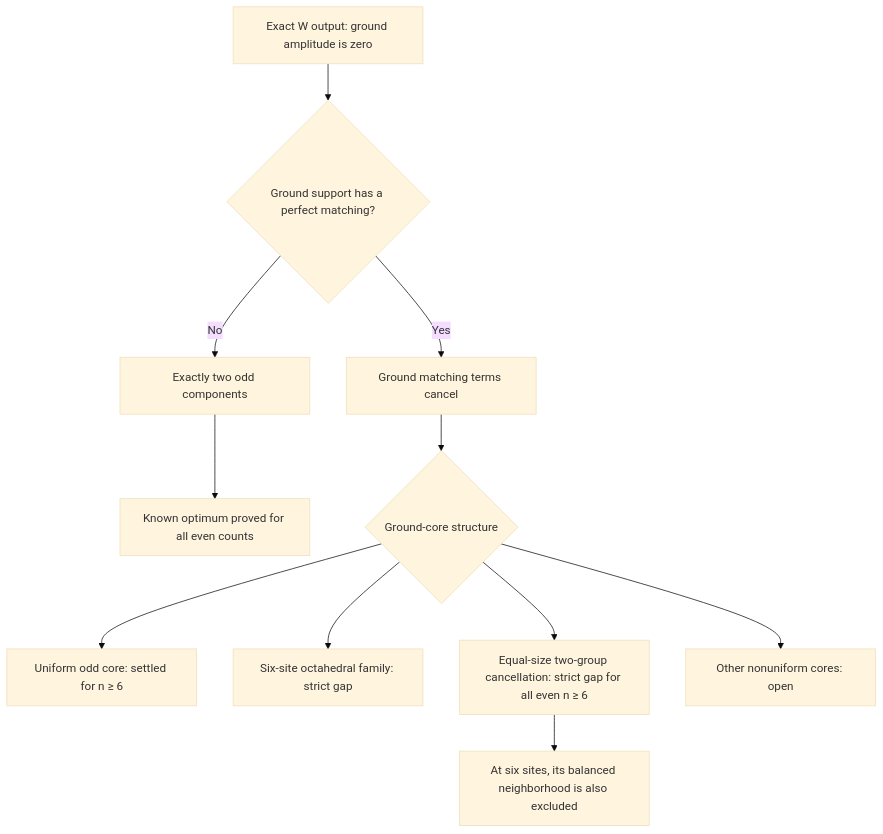
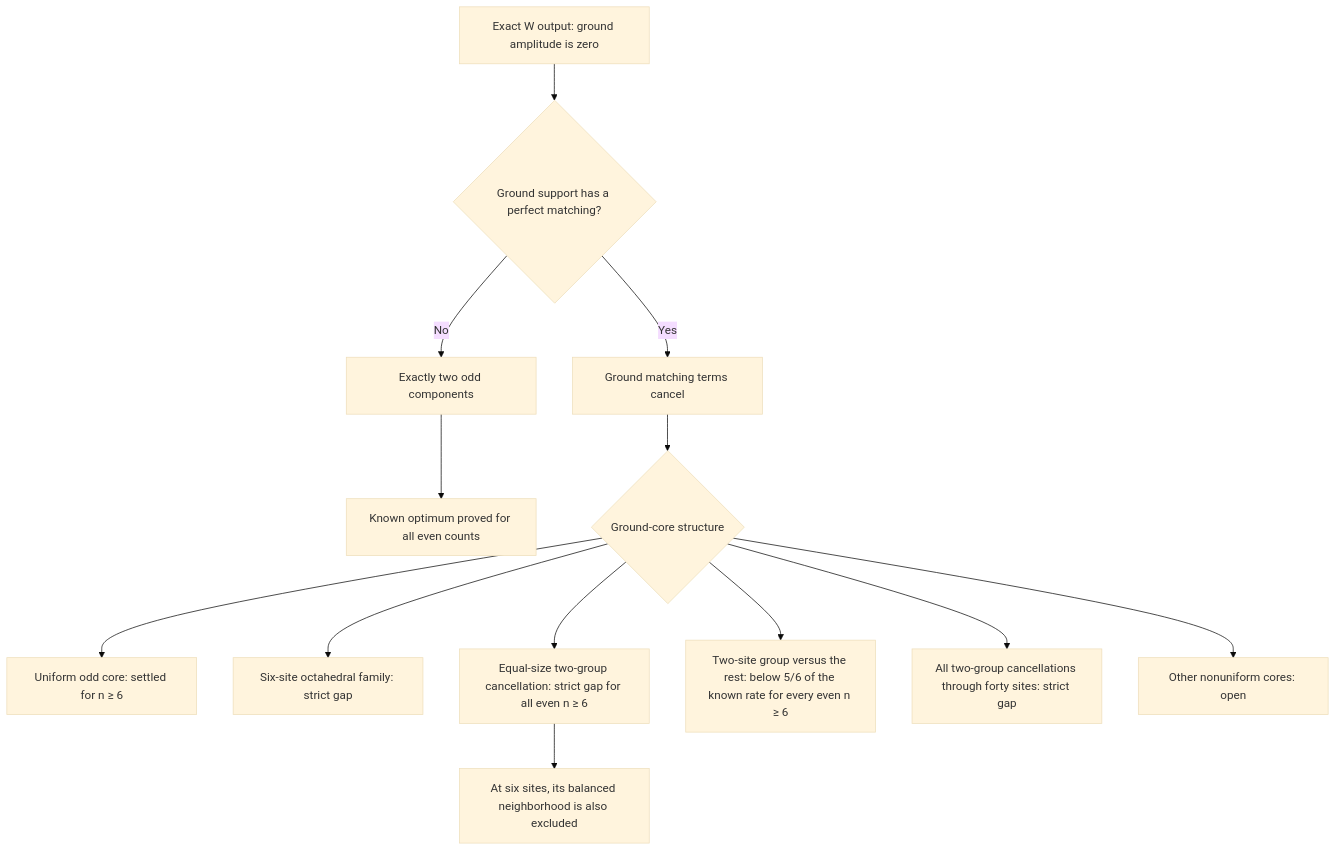
Before and after one commit to rrajasek95/krenn-conjecture: the diagram in research/w-state-design/README.md, drawn with Mermaid (base theme). The commit also changed other lines of this file and 12 other files, not shown here.

Commit message:
Certify two-group W optima through forty sites and an all-even two-site gap

```diff
--- a/research/w-state-design/README.md
+++ b/research/w-state-design/README.md
@@ -69,13 +70,15 @@
 ~~~mermaid
 flowchart TD
     A["Exact W output: ground amplitude is zero"] --> B{"Ground support has a perfect matching?"}
     B -->|No| C["Exactly two odd components"]
     C --> D["Known optimum proved for all even counts"]
     B -->|Yes| E["Ground matching terms cancel"]
     E --> F{"Ground-core structure"}
     F --> G["Uniform odd core: settled for n ≥ 6"]
     F --> H["Six-site octahedral family: strict gap"]
     F --> J["Equal-size two-group cancellation: strict gap for all even n ≥ 6"]
     J --> K["At six sites, its balanced neighborhood is also excluded"]
+    F --> L["Two-site group versus the rest: below 5/6 of the known rate for every even n ≥ 6"]
+    F --> M["All two-group cancellations through forty sites: strict gap"]
     F --> I["Other nonuniform cores: open"]
 ~~~
```
